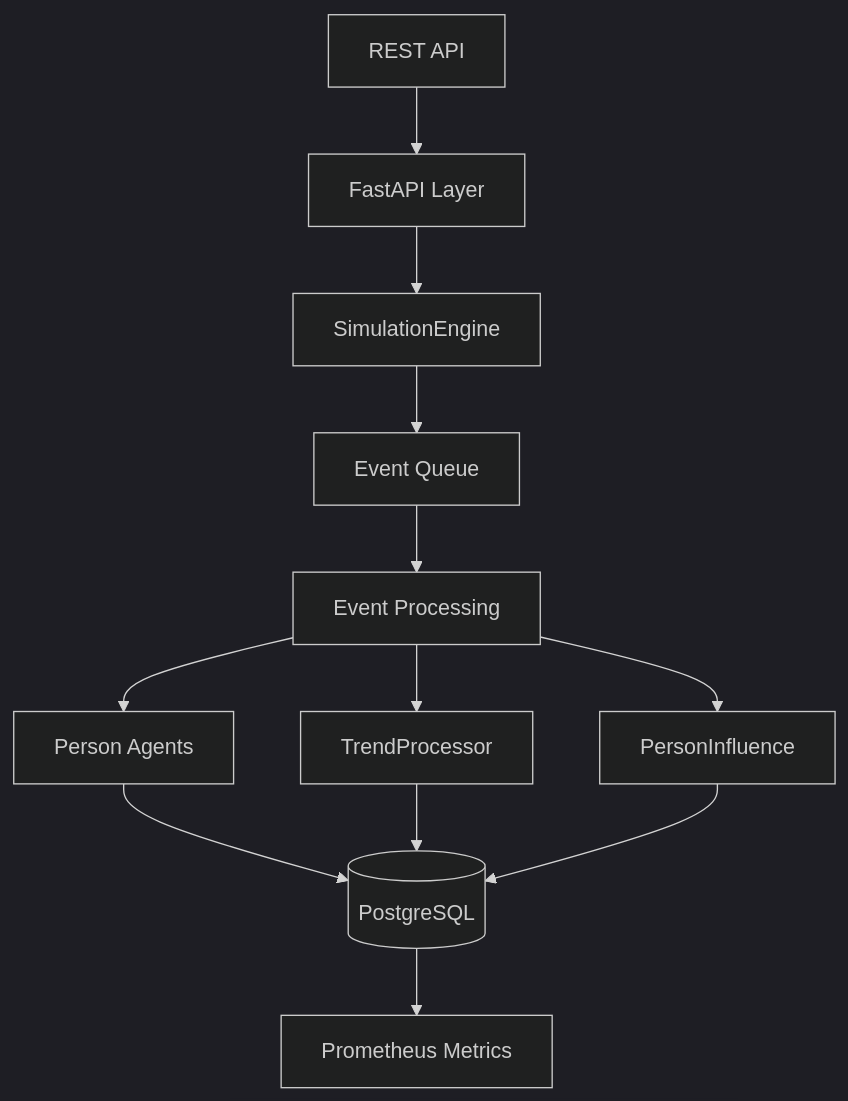
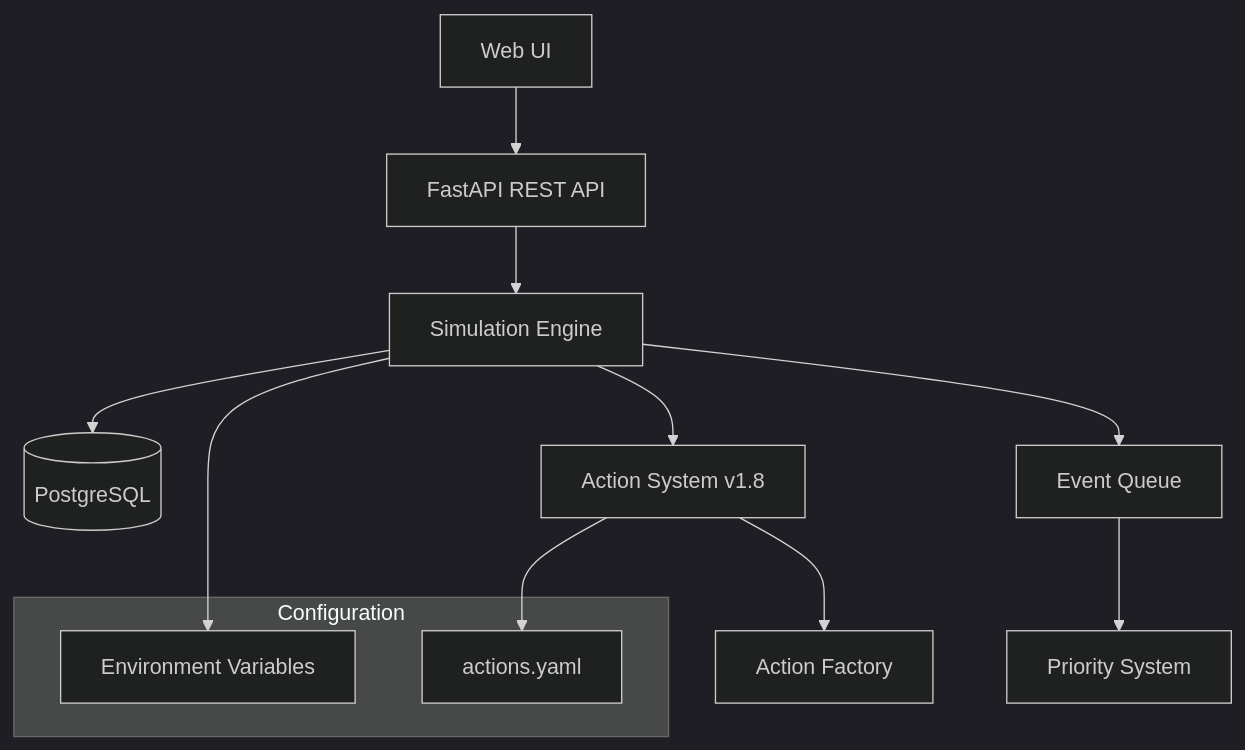
One commit to PollyDrive/capsim changed the diagram in docs/architecture_overview.md. Above: the diagram before and after it, drawn with Mermaid (dark theme). The commit also changed other lines of this file and 36 other files, not shown here.

````diff
--- a/docs/architecture_overview.md
+++ b/docs/architecture_overview.md
@@ -36,14 +7,18 @@
 ```mermaid
 flowchart TD
-    UI[REST API] --> API[FastAPI Layer]
-    API --> Engine[SimulationEngine]
-    Engine --> Queue[Event Queue]
-    Queue --> Events[Event Processing]
-    Events --> Agents[Person Agents]
-    Events --> Trends[TrendProcessor]
-    Events --> Influence[PersonInfluence]
-    Agents --> DB[(PostgreSQL)]
-    Trends --> DB
-    Influence --> DB
-    DB --> Monitoring[Prometheus Metrics]
+    UI[Web UI] --> API[FastAPI REST API]
+    API --> Engine[Simulation Engine]
+    Engine --> DB[(PostgreSQL)]
+    Engine --> Actions[Action System v1.8]
+    Engine --> Events[Event Queue]
+    Actions --> Factory[Action Factory]
+    Events --> Priorities[Priority System]
+    
+    subgraph "Configuration"
+        ENV[Environment Variables]
+        YAML[actions.yaml]
+    end
+    
+    Actions --> YAML
+    Engine --> ENV
 ```
````
